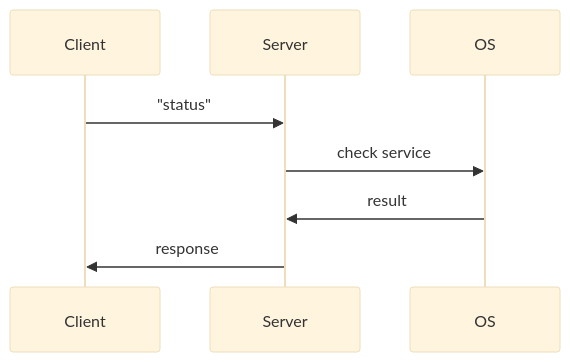
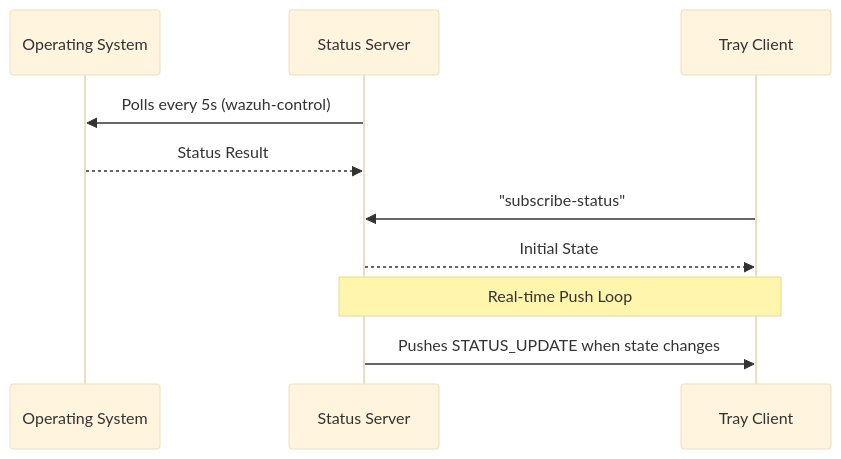
The diagram in docs/architecture/current-system-analysis.md (ADORSYS-GIS/wazuh-agent-status), drawn with Mermaid (base theme) before and after one commit. The commit also changed other lines of this file and 2 other files, not shown here.

````diff
--- a/docs/architecture/current-system-analysis.md
+++ b/docs/architecture/current-system-analysis.md
@@ -19,7 +19,13 @@
 ```mermaid
 sequenceDiagram
-    Client->>Server: "status"
-    Server->>OS: check service
-    OS->>Server: result
-    Server->>Client: response
+    participant OS as Operating System
+    participant Server as Status Server
+    participant Client as Tray Client
+
+    Server->>OS: Polls every 5s (wazuh-control)
+    OS-->>Server: Status Result
+    Client->>Server: "subscribe-status"
+    Server-->>Client: Initial State
+    Note over Server,Client: Real-time Push Loop
+    Server->>Client: Pushes STATUS_UPDATE when state changes
 ```
````
